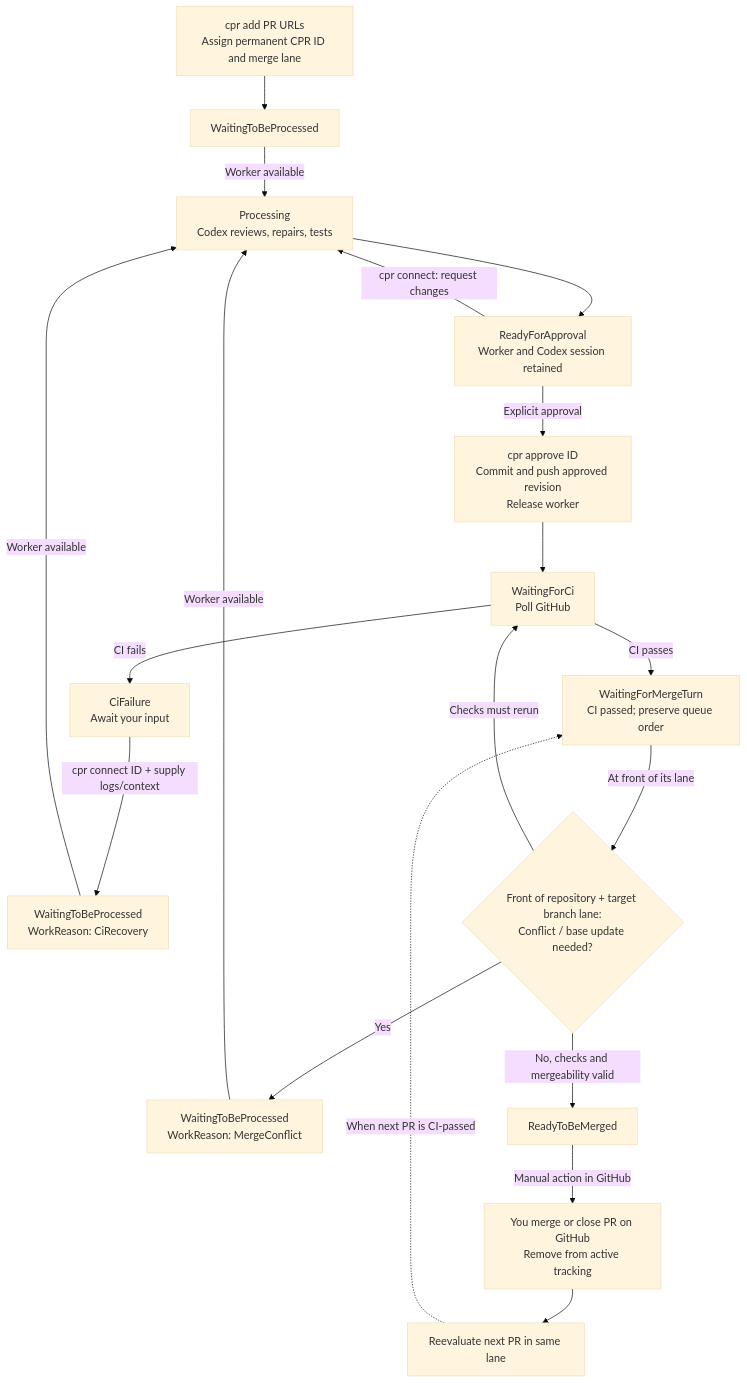
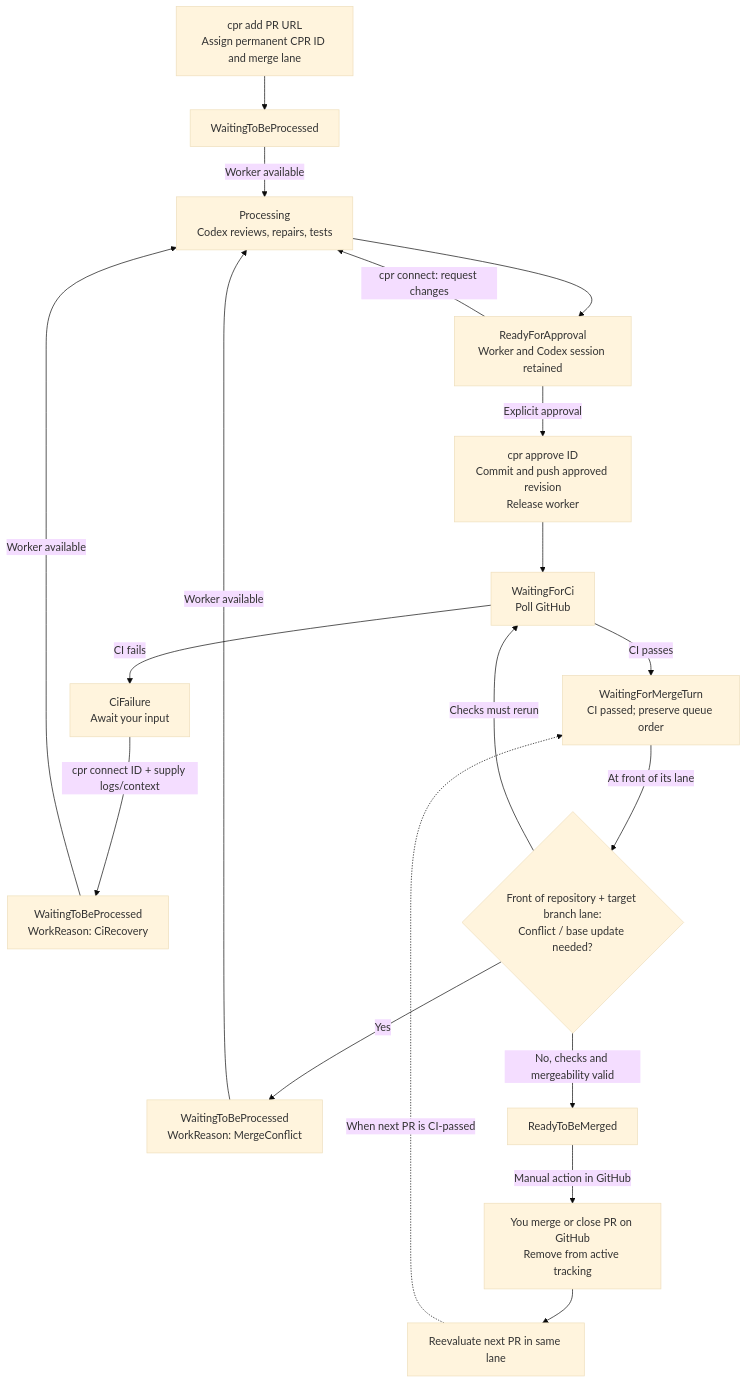
One commit to chasse20/cpr changed the diagram in README.md. Above: the diagram before and after it, drawn with Mermaid (base theme). The commit also changed other lines of this file and 7 other files, not shown here.

````diff
--- a/README.md
+++ b/README.md
@@ -18,36 +18,36 @@
 ```mermaid
 flowchart TD
-    Add["cpr add PR URLs<br/>Assign permanent CPR ID and merge lane"]
+    Add["cpr add PR URL<br/>Assign permanent CPR ID and merge lane"]
     Queue["WaitingToBeProcessed"]
     Work["Processing<br/>Codex reviews, repairs, tests"]
     Approve["ReadyForApproval<br/>Worker and Codex session retained"]
     Push["cpr approve ID<br/>Commit and push approved revision<br/>Release worker"]
     CI["WaitingForCi<br/>Poll GitHub"]
     Fail["CiFailure<br/>Await your input"]
     CiRetry["WaitingToBeProcessed<br/>WorkReason: CiRecovery"]
     Turn["WaitingForMergeTurn<br/>CI passed; preserve queue order"]
     Check{"Front of repository + target branch lane:<br/>Conflict / base update needed?"}
     Conflict["WaitingToBeProcessed<br/>WorkReason: MergeConflict"]
     Ready["ReadyToBeMerged"]
     Closed["You merge or close PR on GitHub<br/>Remove from active tracking"]
     Next["Reevaluate next PR in same lane"]
 
     Add --> Queue
     Queue -->|Worker available| Work
     Work --> Approve
     Approve -->|cpr connect: request changes| Work
     Approve -->|Explicit approval| Push
     Push --> CI
     CI -->|CI fails| Fail
     Fail -->|cpr connect ID + supply logs/context| CiRetry
     CiRetry -->|Worker available| Work
     CI -->|CI passes| Turn
     Turn -->|At front of its lane| Check
     Check -->|Yes| Conflict
     Conflict -->|Worker available| Work
     Check -->|No, checks and mergeability valid| Ready
     Check -->|Checks must rerun| CI
     Ready -->|Manual action in GitHub| Closed
     Closed --> Next
     Next -.->|When next PR is CI-passed| Turn
 ```
````
